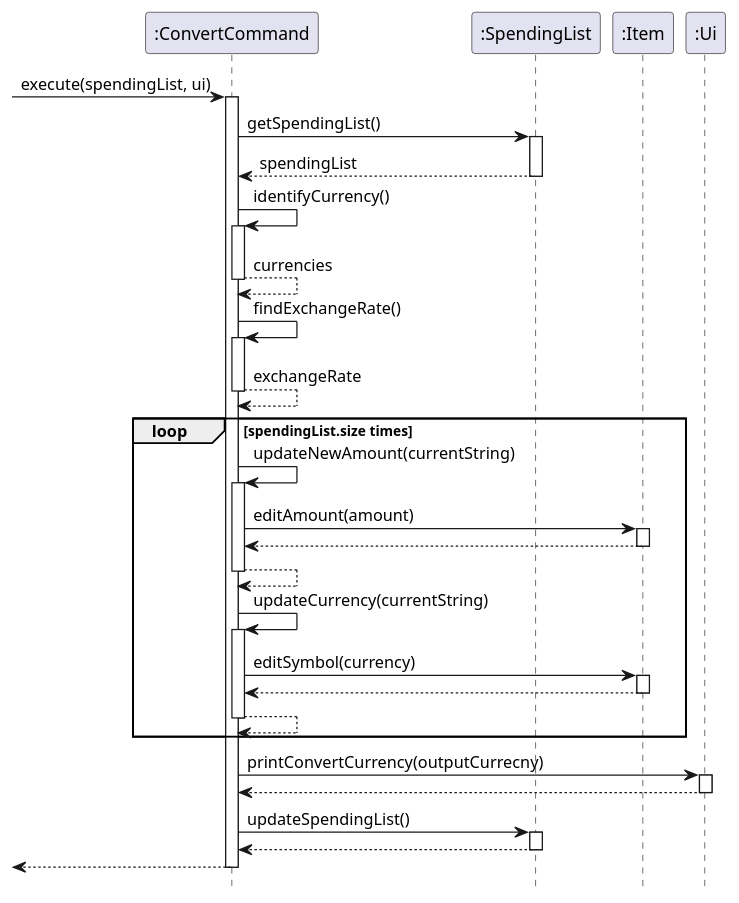
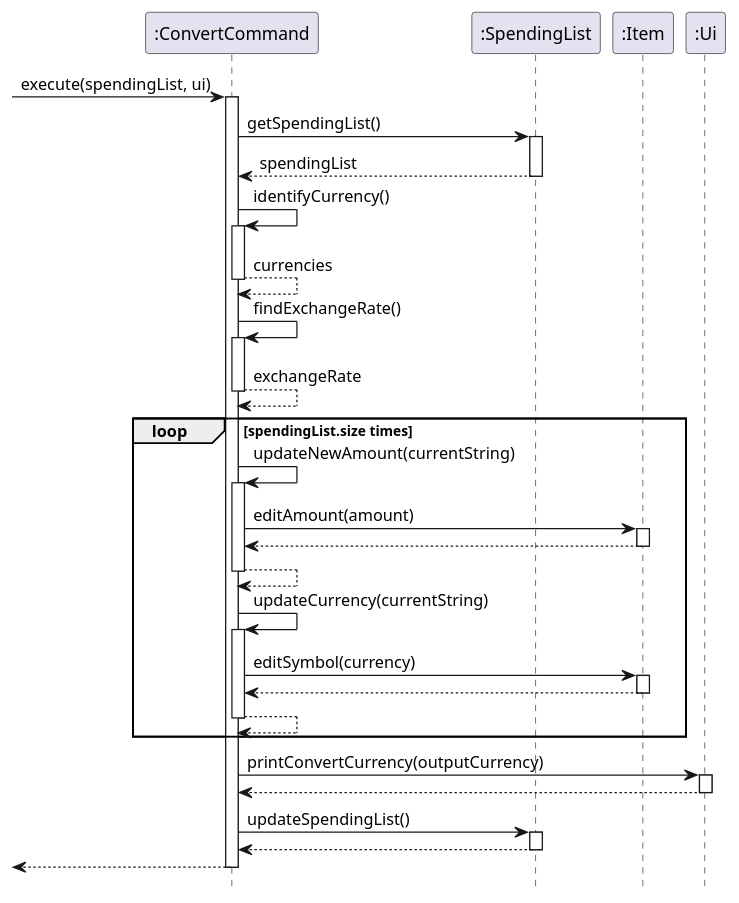
Before and after one commit to xieyaoyue/tp: the diagram in src/uml/ConvertCommand.puml, drawn with PlantUML. The commit also changed 4 other files, not shown here.

```diff
--- a/src/uml/ConvertCommand.puml
+++ b/src/uml/ConvertCommand.puml
@@ -1,45 +1,45 @@
 @startuml
 hide footbox
 ->":ConvertCommand":execute(spendingList, ui)
 activate ":ConvertCommand"
 ":ConvertCommand"->":SpendingList":getSpendingList()
 activate ":SpendingList"
 ":SpendingList"-->":ConvertCommand":spendingList
 deactivate ":SpendingList"
 ":ConvertCommand"->":ConvertCommand":identifyCurrency()
 activate ":ConvertCommand"
 ":ConvertCommand"-->":ConvertCommand":currencies
 deactivate ":ConvertCommand"
 ":ConvertCommand"->":ConvertCommand":findExchangeRate()
 activate ":ConvertCommand"
 ":ConvertCommand"-->":ConvertCommand":exchangeRate
 deactivate ":ConvertCommand"
 loop spendingList.size times
 ":ConvertCommand"->":ConvertCommand":updateNewAmount(currentString)
 activate ":ConvertCommand"
 ":ConvertCommand"->":Item":editAmount(amount)
 activate ":Item"
 ":Item"-->":ConvertCommand":
 deactivate ":Item"
 ":ConvertCommand"-->":ConvertCommand":
 deactivate ":ConvertCommand"
 ":ConvertCommand"->":ConvertCommand":updateCurrency(currentString)
 activate ":ConvertCommand"
 ":ConvertCommand"->":Item":editSymbol(currency)
 activate ":Item"
 ":Item"-->":ConvertCommand":
 deactivate ":Item"
 ":ConvertCommand"-->":ConvertCommand":
 deactivate ":ConvertCommand"
 end
-":ConvertCommand"->":Ui":printConvertCurrency(outputCurrecny)
+":ConvertCommand"->":Ui":printConvertCurrency(outputCurrency)
 activate ":Ui"
 ":Ui"-->":ConvertCommand":
 deactivate ":Ui"
 ":ConvertCommand"->":SpendingList":updateSpendingList()
 activate ":SpendingList"
 ":SpendingList"-->":ConvertCommand":
 deactivate ":SpendingList"
 <--":ConvertCommand"
 deactivate ":ConvertCommand"
 @enduml
```
